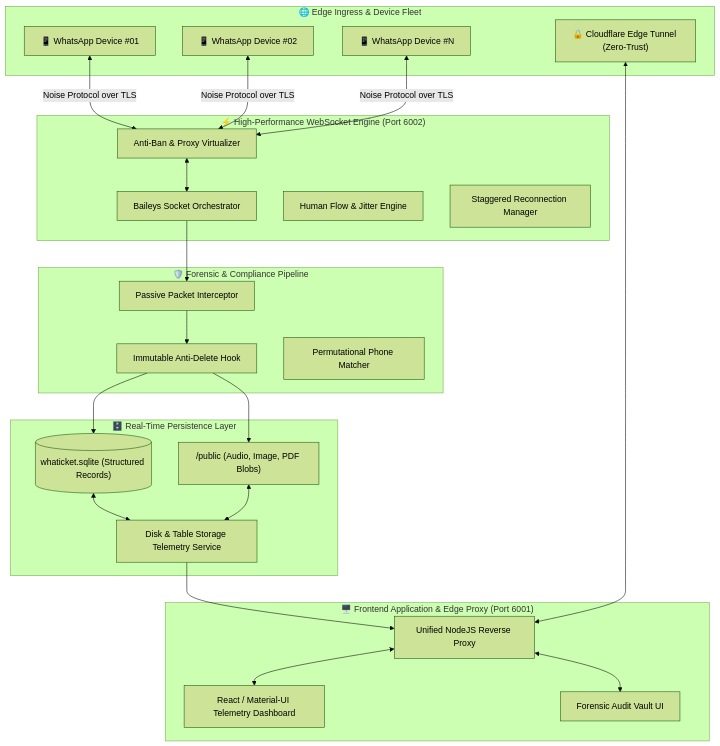
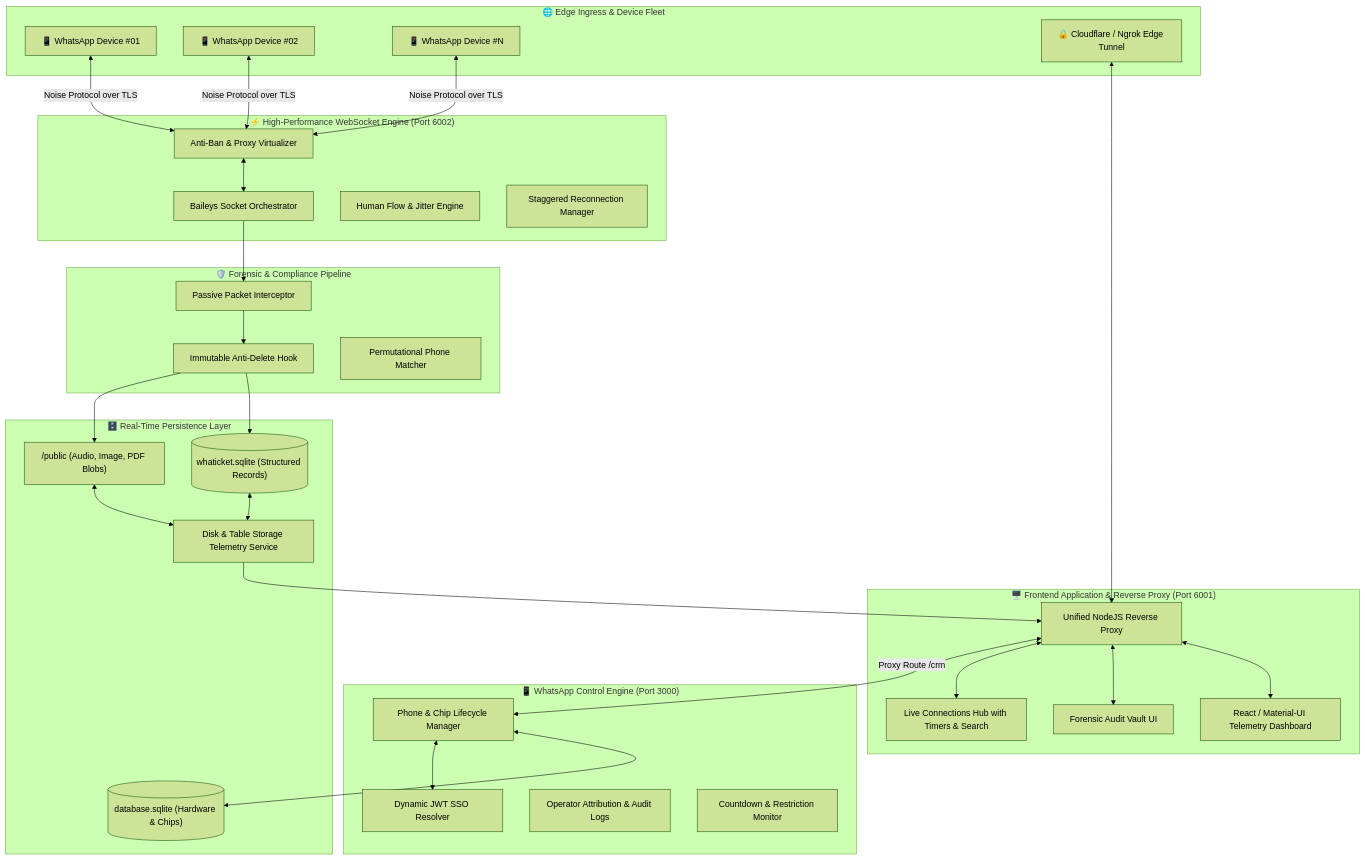
One commit to vicenzzopalma/VERITAS changed the diagram in README.md. Above: the diagram before and after it, drawn with Mermaid (forest theme). The commit also changed other lines of this file, not shown here.

Commit message:
docs: atualiza README com arquitetura do whatsapp control, sso, timers e governanca de usuarios

````diff
--- a/README.md
+++ b/README.md
@@ -74,45 +80,57 @@
 ```mermaid
 flowchart TB
     subgraph Edge["🌐 Edge Ingress & Device Fleet"]
         D1["📱 WhatsApp Device #01"]
         D2["📱 WhatsApp Device #02"]
         Dn["📱 WhatsApp Device #N"]
-        Tunnel["🔒 Cloudflare Edge Tunnel (Zero-Trust)"]
+        Tunnel["🔒 Cloudflare / Ngrok Edge Tunnel"]
     end
 
     subgraph CoreEngine["⚡ High-Performance WebSocket Engine (Port 6002)"]
         SocketCluster["Baileys Socket Orchestrator"]
         AntiBan["Anti-Ban & Proxy Virtualizer"]
         HumanFlow["Human Flow & Jitter Engine"]
         Reconn["Staggered Reconnection Manager"]
     end
 
     subgraph ForensicPipeline["🛡️ Forensic & Compliance Pipeline"]
         Interception["Passive Packet Interceptor"]
         AntiDelete["Immutable Anti-Delete Hook"]
         Omnisearch["Permutational Phone Matcher"]
     end
 
+    subgraph HardwareCRM["📱 WhatsApp Control Engine (Port 3000)"]
+        CRMService["Phone & Chip Lifecycle Manager"]
+        SSOEngine["Dynamic JWT SSO Resolver"]
+        AuditEngine["Operator Attribution & Audit Logs"]
+        TimerEngine["Countdown & Restriction Monitor"]
+    end
+
     subgraph Persistence["🗄️ Real-Time Persistence Layer"]
         SQLiteDB[("whaticket.sqlite (Structured Records)")]
         MediaDir["/public (Audio, Image, PDF Blobs)"]
         TelemetrySvc["Disk & Table Storage Telemetry Service"]
+        CRMDb[("database.sqlite (Hardware & Chips)")]
     end
 
-    subgraph ClientLayer["🖥️ Frontend Application & Edge Proxy (Port 6001)"]
+    subgraph ClientLayer["🖥️ Frontend Application & Reverse Proxy (Port 6001)"]
         StaticProxy["Unified NodeJS Reverse Proxy"]
         ReactUI["React / Material-UI Telemetry Dashboard"]
         AuditVaultUI["Forensic Audit Vault UI"]
+        ConnectionsHub["Live Connections Hub with Timers & Search"]
     end
 
     D1 & D2 & Dn <-->|Noise Protocol over TLS| AntiBan
     AntiBan <--> SocketCluster
     SocketCluster --> Interception
     Interception --> AntiDelete
     AntiDelete --> SQLiteDB
     AntiDelete --> MediaDir
     SQLiteDB & MediaDir <--> TelemetrySvc
     TelemetrySvc --> StaticProxy
-    StaticProxy <--> ReactUI & AuditVaultUI
+    CRMService <--> CRMDb
+    CRMService <--> SSOEngine
+    StaticProxy <--> ReactUI & AuditVaultUI & ConnectionsHub
+    StaticProxy <-->|Proxy Route /crm| CRMService
     Tunnel <--> StaticProxy
 ```
````
